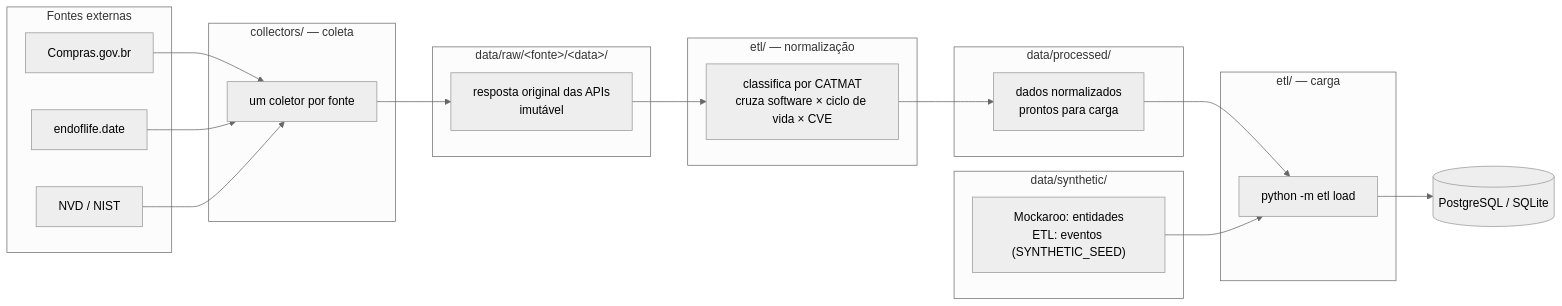
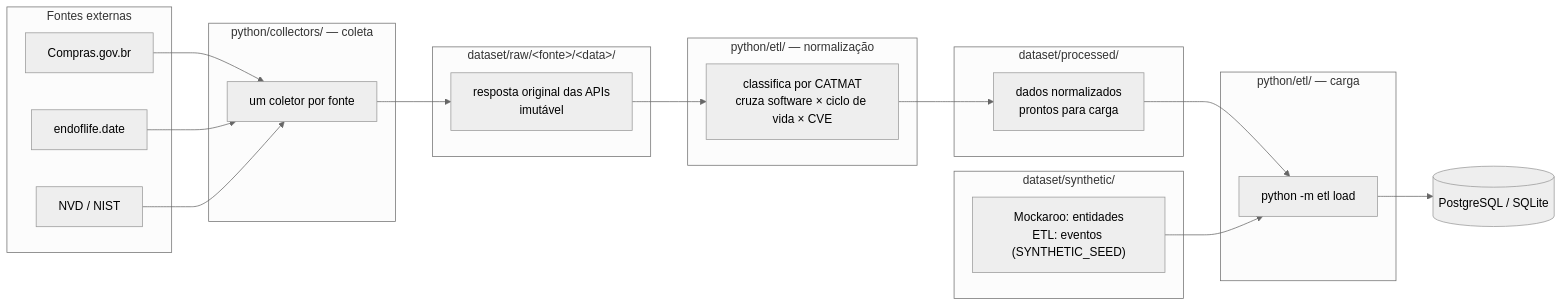
One commit to JoaoAzevedo184/Projeto-Governanca-TI changed the sixth of 6 diagrams in docs/ARQUITETURA.md. Above: the diagram before and after it, drawn with Mermaid (neutral theme). The commit also changed other lines of this file and 93 other files, not shown here.

````diff
--- a/docs/ARQUITETURA.md
+++ b/docs/ARQUITETURA.md
@@ -274,44 +274,44 @@
 ```mermaid
 graph LR
     subgraph fontes["Fontes externas"]
         CG["Compras.gov.br"]
         EOL["endoflife.date"]
         NVD["NVD / NIST"]
     end
 
-    subgraph coleta["collectors/ — coleta"]
+    subgraph coleta["python/collectors/ — coleta"]
         C1["um coletor por fonte"]
     end
 
-    subgraph raw["data/raw/&lt;fonte&gt;/&lt;data&gt;/"]
+    subgraph raw["dataset/raw/&lt;fonte&gt;/&lt;data&gt;/"]
         R1["resposta original das APIs<br/>imutável"]
     end
 
-    subgraph norm["etl/ — normalização"]
+    subgraph norm["python/etl/ — normalização"]
         N1["classifica por CATMAT<br/>cruza software × ciclo de vida × CVE"]
     end
 
-    subgraph proc["data/processed/"]
+    subgraph proc["dataset/processed/"]
         P1["dados normalizados<br/>prontos para carga"]
     end
 
-    subgraph synt["data/synthetic/"]
+    subgraph synt["dataset/synthetic/"]
         S1["Mockaroo: entidades<br/>ETL: eventos (SYNTHETIC_SEED)"]
     end
 
-    subgraph carga["etl/ — carga"]
+    subgraph carga["python/etl/ — carga"]
         L1["python -m etl load"]
     end
 
     DB[("PostgreSQL / SQLite")]
 
     CG --> C1
     EOL --> C1
     NVD --> C1
     C1 --> R1
     R1 --> N1
     N1 --> P1
     P1 --> L1
     S1 --> L1
     L1 --> DB
 ```
````
